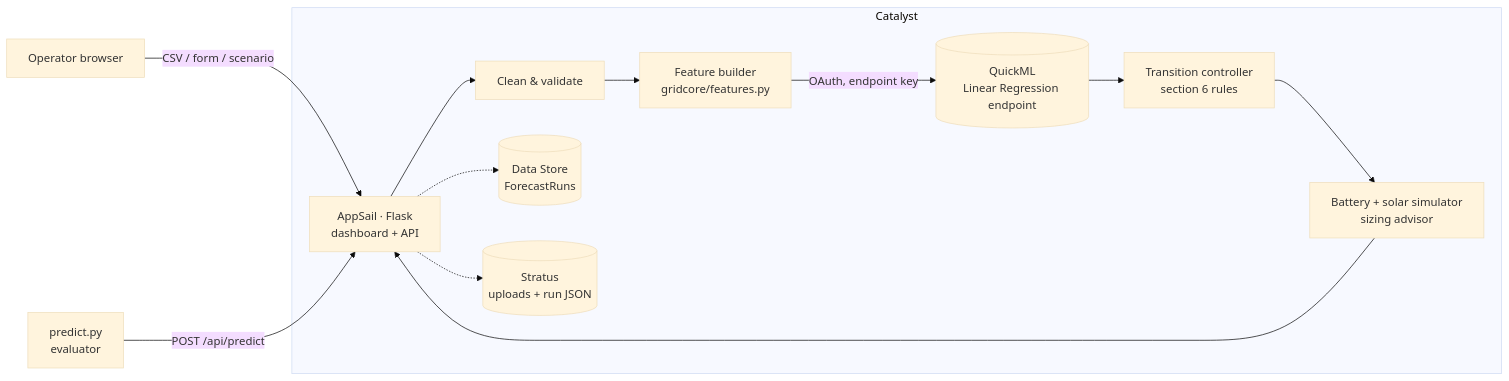
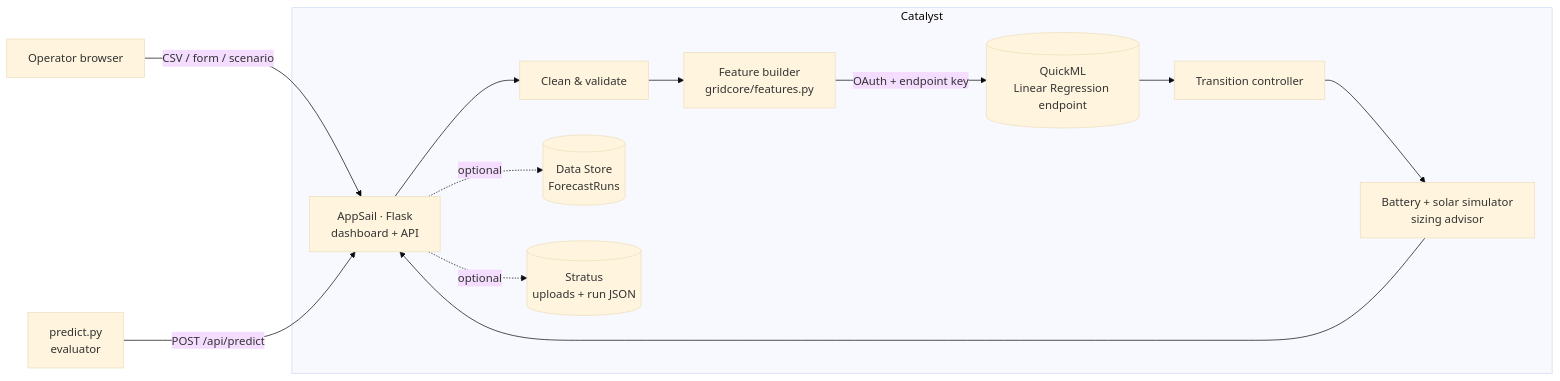
Before and after one commit to yashviharia/GridMind: the diagram in README.md, drawn with Mermaid (base theme). The commit also changed other lines of this file, not shown here.

Commit message:
Final README: live URL, architecture, setup, env vars

````diff
--- a/README.md
+++ b/README.md
@@ -29,15 +33,15 @@
 ```mermaid
 flowchart LR
   U[Operator browser] -->|CSV / form / scenario| A
   P[predict.py<br/>evaluator] -->|POST /api/predict| A
   subgraph Catalyst
     A[AppSail · Flask<br/>dashboard + API] --> C[Clean & validate]
     C --> F[Feature builder<br/>gridcore/features.py]
-    F -->|OAuth, endpoint key| Q[(QuickML<br/>Linear Regression endpoint)]
-    Q --> T[Transition controller<br/>section 6 rules]
+    F -->|OAuth + endpoint key| Q[(QuickML<br/>Linear Regression endpoint)]
+    Q --> T[Transition controller]
     T --> B[Battery + solar simulator<br/>sizing advisor]
     B --> A
-    A -.-> D[(Data Store<br/>ForecastRuns)]
-    A -.-> S[(Stratus<br/>uploads + run JSON)]
+    A -.optional.-> D[(Data Store<br/>ForecastRuns)]
+    A -.optional.-> S[(Stratus<br/>uploads + run JSON)]
   end
 ```
````
